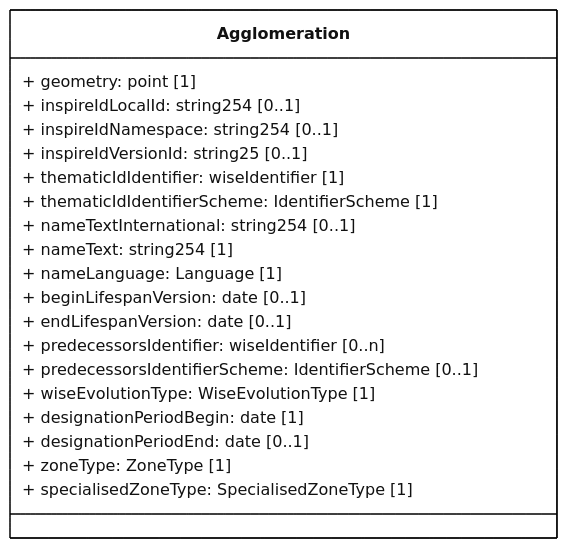
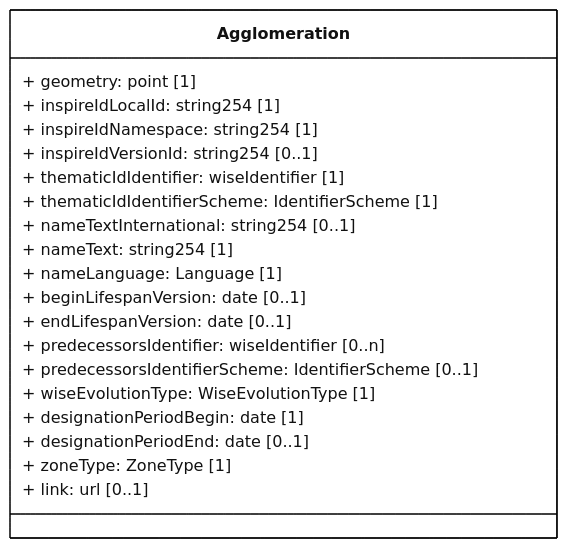
Before and after one commit to eeadata/WISE.UWWTD.Documentation: the diagram in docs/rUWWTD2024/SpatialPoints/mmd/SpatialPoints_Agglomeration_ClassDiagram.mmd, drawn with Mermaid. The commit also changed 14 other files, not shown here.

First line of the commit message:
Align the spatial points tables with the UML diagram of 16 November 2026

```diff
--- a/docs/rUWWTD2024/SpatialPoints/mmd/SpatialPoints_Agglomeration_ClassDiagram.mmd
+++ b/docs/rUWWTD2024/SpatialPoints/mmd/SpatialPoints_Agglomeration_ClassDiagram.mmd
@@ -1,32 +1,32 @@
 ---
 config:
   class:
     hideEmptyMembersBox: true
   layout: dagre
   theme: neutral
 ---
 classDiagram
 direction LR
 class Agglomeration {
     + geometry: point [1]
-    + inspireIdLocalId: string254 [0..1]
-    + inspireIdNamespace: string254 [0..1]
-    + inspireIdVersionId: string25 [0..1]
+    + inspireIdLocalId: string254 [1]
+    + inspireIdNamespace: string254 [1]
+    + inspireIdVersionId: string254 [0..1]
     + thematicIdIdentifier: wiseIdentifier [1]
     + thematicIdIdentifierScheme: IdentifierScheme [1]
     + nameTextInternational: string254 [0..1]
     + nameText: string254 [1]
     + nameLanguage: Language [1]
     + beginLifespanVersion: date [0..1]
     + endLifespanVersion: date [0..1]
     + predecessorsIdentifier: wiseIdentifier [0..n]
     + predecessorsIdentifierScheme: IdentifierScheme [0..1]
     + wiseEvolutionType: WiseEvolutionType [1]
     + designationPeriodBegin: date [1]
     + designationPeriodEnd: date [0..1]
     + zoneType: ZoneType [1]
-    + specialisedZoneType: SpecialisedZoneType [1]
+    + link: url [0..1]
 }
 
 classDef default fill:white,stroke:#000;
 classDef forFixing fill:white,stroke:#f00;
```
